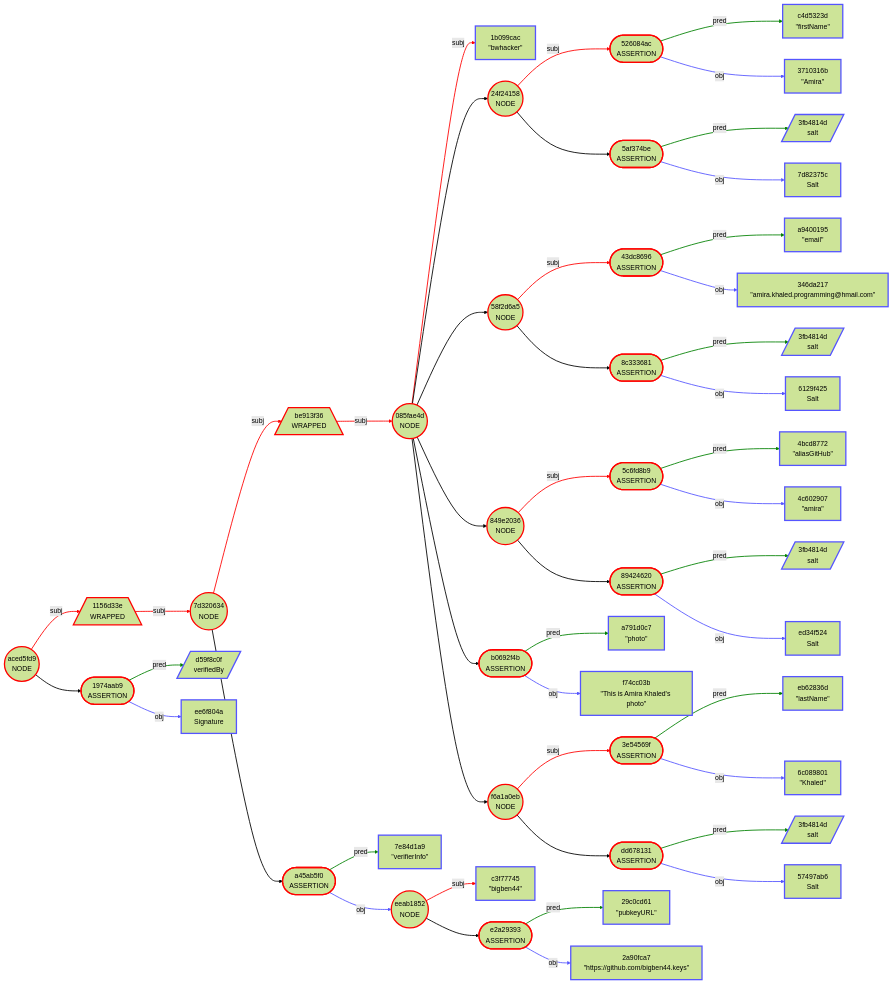
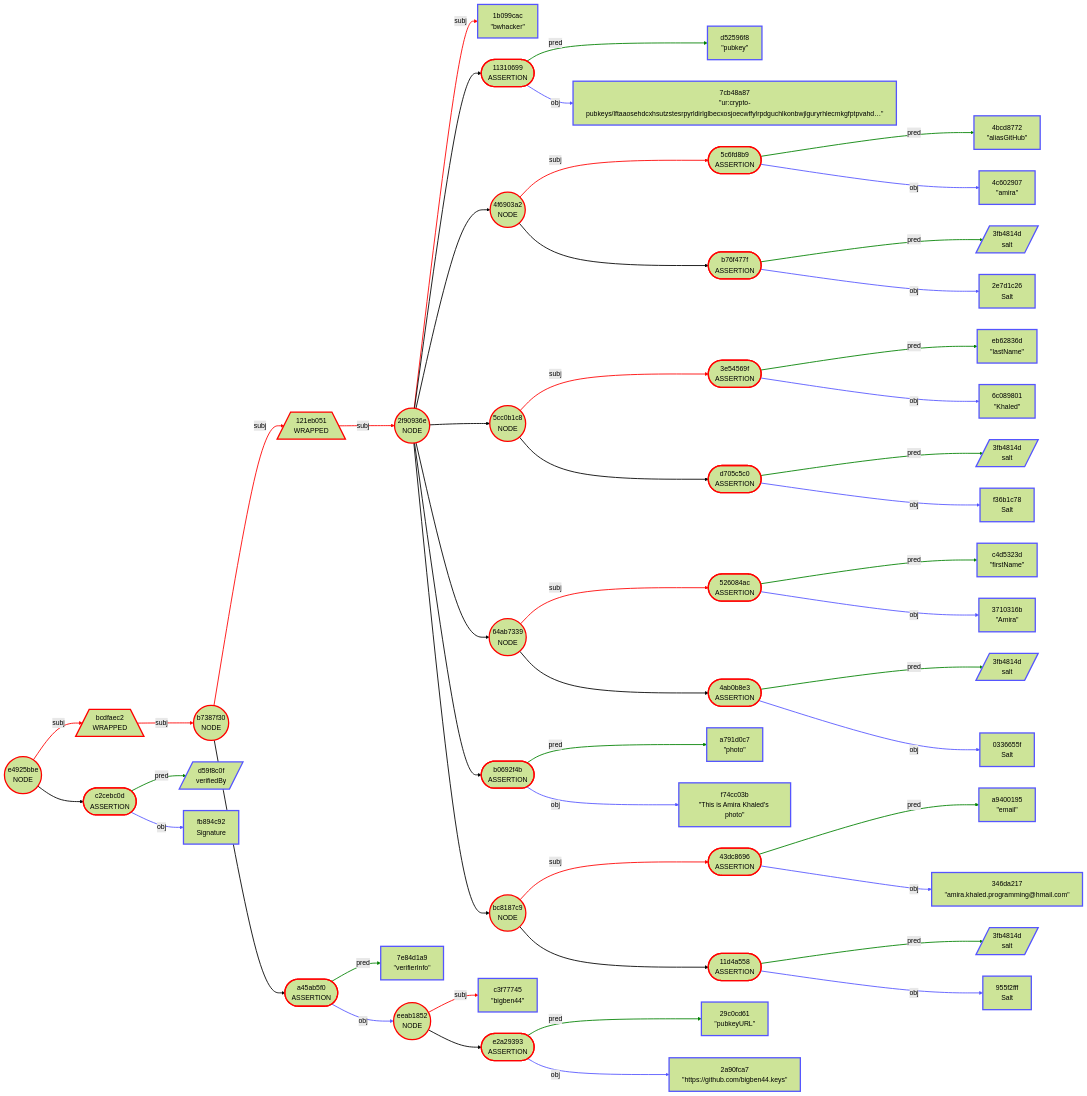
Diagram 16 of 19 in Docs/Envelope-Use-Cases-Software.md (BlockchainCommons/Gordian), drawn with Mermaid (forest theme) before and after one commit. The commit also changed other lines of this file, not shown here.

````diff
--- a/Docs/Envelope-Use-Cases-Software.md
+++ b/Docs/Envelope-Use-Cases-Software.md
@@ -2952,98 +2967,104 @@
 ```mermaid
 graph LR
-    1(("aced5fd9<br/>NODE"))
-    2[/"1156d33e<br/>WRAPPED"\]
-    3(("7d320634<br/>NODE"))
-    4[/"be913f36<br/>WRAPPED"\]
-    5(("085fae4d<br/>NODE"))
+    1(("e4925bbe<br/>NODE"))
+    2[/"bcdfaec2<br/>WRAPPED"\]
+    3(("b7387f30<br/>NODE"))
+    4[/"121eb051<br/>WRAPPED"\]
+    5(("2f90936e<br/>NODE"))
     6["1b099cac<br/>#quot;bwhacker#quot;"]
-    7(("24f24158<br/>NODE"))
-    8(["526084ac<br/>ASSERTION"])
-    9["c4d5323d<br/>#quot;firstName#quot;"]
-    10["3710316b<br/>#quot;Amira#quot;"]
-    11(["5af374be<br/>ASSERTION"])
-    12[/"3fb4814d<br/>salt"/]
-    13["7d82375c<br/>Salt"]
-    14(("58f2d6a5<br/>NODE"))
-    15(["43dc8696<br/>ASSERTION"])
-    16["a9400195<br/>#quot;email#quot;"]
-    17["346da217<br/>#quot;amira.khaled.programming@hmail.com#quot;"]
-    18(["8c333681<br/>ASSERTION"])
-    19[/"3fb4814d<br/>salt"/]
-    20["6129f425<br/>Salt"]
-    21(("849e2036<br/>NODE"))
-    22(["5c6fd8b9<br/>ASSERTION"])
-    23["4bcd8772<br/>#quot;aliasGitHub#quot;"]
-    24["4c602907<br/>#quot;amira#quot;"]
-    25(["89424620<br/>ASSERTION"])
-    26[/"3fb4814d<br/>salt"/]
-    27["ed34f524<br/>Salt"]
-    28(["b0692f4b<br/>ASSERTION"])
-    29["a791d0c7<br/>#quot;photo#quot;"]
-    30["f74cc03b<br/>#quot;This is Amira Khaled's photo#quot;"]
-    31(("f6a1a0eb<br/>NODE"))
-    32(["3e54569f<br/>ASSERTION"])
-    33["eb62836d<br/>#quot;lastName#quot;"]
-    34["6c089801<br/>#quot;Khaled#quot;"]
-    35(["dd678131<br/>ASSERTION"])
-    36[/"3fb4814d<br/>salt"/]
-    37["57497ab6<br/>Salt"]
-    38(["a45ab5f0<br/>ASSERTION"])
-    39["7e84d1a9<br/>#quot;verifierInfo#quot;"]
-    40(("eeab1852<br/>NODE"))
-    41["c3f77745<br/>#quot;bigben44#quot;"]
-    42(["e2a29393<br/>ASSERTION"])
-    43["29c0cd61<br/>#quot;pubkeyURL#quot;"]
-    44["2a90fca7<br/>#quot;https://github.com/bigben44.keys#quot;"]
-    45(["1974aab9<br/>ASSERTION"])
-    46[/"d59f8c0f<br/>verifiedBy"/]
-    47["ee6f804a<br/>Signature"]
+    7(["11310699<br/>ASSERTION"])
+    8["d52596f8<br/>#quot;pubkey#quot;"]
+    9["7cb48a87<br/>#quot;ur:crypto-pubkeys/lftaaosehdcxhsutzstesrpyrldirlglbecxosjoecwffylrpdguchlkonbwjlguryrhlecmkgfptpvahd…#quot;"]
+    10(("4f6903a2<br/>NODE"))
+    11(["5c6fd8b9<br/>ASSERTION"])
+    12["4bcd8772<br/>#quot;aliasGitHub#quot;"]
+    13["4c602907<br/>#quot;amira#quot;"]
+    14(["b76f477f<br/>ASSERTION"])
+    15[/"3fb4814d<br/>salt"/]
+    16["2e7d1c26<br/>Salt"]
+    17(("5cc0b1c8<br/>NODE"))
+    18(["3e54569f<br/>ASSERTION"])
+    19["eb62836d<br/>#quot;lastName#quot;"]
+    20["6c089801<br/>#quot;Khaled#quot;"]
+    21(["d705c5c0<br/>ASSERTION"])
+    22[/"3fb4814d<br/>salt"/]
+    23["f36b1c78<br/>Salt"]
+    24(("64ab7339<br/>NODE"))
+    25(["526084ac<br/>ASSERTION"])
+    26["c4d5323d<br/>#quot;firstName#quot;"]
+    27["3710316b<br/>#quot;Amira#quot;"]
+    28(["4ab0b8e3<br/>ASSERTION"])
+    29[/"3fb4814d<br/>salt"/]
+    30["0336655f<br/>Salt"]
+    31(["b0692f4b<br/>ASSERTION"])
+    32["a791d0c7<br/>#quot;photo#quot;"]
+    33["f74cc03b<br/>#quot;This is Amira Khaled's photo#quot;"]
+    34(("bc8187c9<br/>NODE"))
+    35(["43dc8696<br/>ASSERTION"])
+    36["a9400195<br/>#quot;email#quot;"]
+    37["346da217<br/>#quot;amira.khaled.programming@hmail.com#quot;"]
+    38(["11d4a558<br/>ASSERTION"])
+    39[/"3fb4814d<br/>salt"/]
+    40["955f2fff<br/>Salt"]
+    41(["a45ab5f0<br/>ASSERTION"])
+    42["7e84d1a9<br/>#quot;verifierInfo#quot;"]
+    43(("eeab1852<br/>NODE"))
+    44["c3f77745<br/>#quot;bigben44#quot;"]
+    45(["e2a29393<br/>ASSERTION"])
+    46["29c0cd61<br/>#quot;pubkeyURL#quot;"]
+    47["2a90fca7<br/>#quot;https://github.com/bigben44.keys#quot;"]
+    48(["c2cebc0d<br/>ASSERTION"])
+    49[/"d59f8c0f<br/>verifiedBy"/]
+    50["fb894c92<br/>Signature"]
     1 -->|subj| 2
     2 -->|subj| 3
     3 -->|subj| 4
     4 -->|subj| 5
     5 -->|subj| 6
     5 --> 7
-    7 -->|subj| 8
-    8 -->|pred| 9
-    8 -->|obj| 10
-    7 --> 11
+    7 -->|pred| 8
+    7 -->|obj| 9
+    5 --> 10
+    10 -->|subj| 11
     11 -->|pred| 12
     11 -->|obj| 13
-    5 --> 14
-    14 -->|subj| 15
-    15 -->|pred| 16
-    15 -->|obj| 17
-    14 --> 18
+    10 --> 14
+    14 -->|pred| 15
+    14 -->|obj| 16
+    5 --> 17
+    17 -->|subj| 18
     18 -->|pred| 19
     18 -->|obj| 20
-    5 --> 21
-    21 -->|subj| 22
-    22 -->|pred| 23
-    22 -->|obj| 24
-    21 --> 25
+    17 --> 21
+    21 -->|pred| 22
+    21 -->|obj| 23
+    5 --> 24
+    24 -->|subj| 25
     25 -->|pred| 26
     25 -->|obj| 27
-    5 --> 28
+    24 --> 28
     28 -->|pred| 29
     28 -->|obj| 30
     5 --> 31
-    31 -->|subj| 32
-    32 -->|pred| 33
-    32 -->|obj| 34
-    31 --> 35
+    31 -->|pred| 32
+    31 -->|obj| 33
+    5 --> 34
+    34 -->|subj| 35
     35 -->|pred| 36
     35 -->|obj| 37
-    3 --> 38
+    34 --> 38
     38 -->|pred| 39
     38 -->|obj| 40
-    40 -->|subj| 41
-    40 --> 42
-    42 -->|pred| 43
-    42 -->|obj| 44
-    1 --> 45
+    3 --> 41
+    41 -->|pred| 42
+    41 -->|obj| 43
+    43 -->|subj| 44
+    43 --> 45
     45 -->|pred| 46
     45 -->|obj| 47
+    1 --> 48
+    48 -->|pred| 49
+    48 -->|obj| 50
     style 1 stroke:red,stroke-width:3.0px
     style 2 stroke:red,stroke-width:3.0px
     style 3 stroke:red,stroke-width:3.0px
@@ -3051,23 +3072,23 @@
     style 5 stroke:red,stroke-width:3.0px
     style 6 stroke:#55f,stroke-width:3.0px
     style 7 stroke:red,stroke-width:3.0px
-    style 8 stroke:red,stroke-width:3.0px
+    style 8 stroke:#55f,stroke-width:3.0px
     style 9 stroke:#55f,stroke-width:3.0px
-    style 10 stroke:#55f,stroke-width:3.0px
+    style 10 stroke:red,stroke-width:3.0px
     style 11 stroke:red,stroke-width:3.0px
     style 12 stroke:#55f,stroke-width:3.0px
     style 13 stroke:#55f,stroke-width:3.0px
     style 14 stroke:red,stroke-width:3.0px
-    style 15 stroke:red,stroke-width:3.0px
+    style 15 stroke:#55f,stroke-width:3.0px
     style 16 stroke:#55f,stroke-width:3.0px
-    style 17 stroke:#55f,stroke-width:3.0px
+    style 17 stroke:red,stroke-width:3.0px
     style 18 stroke:red,stroke-width:3.0px
     style 19 stroke:#55f,stroke-width:3.0px
     style 20 stroke:#55f,stroke-width:3.0px
     style 21 stroke:red,stroke-width:3.0px
-    style 22 stroke:red,stroke-width:3.0px
+    style 22 stroke:#55f,stroke-width:3.0px
     style 23 stroke:#55f,stroke-width:3.0px
-    style 24 stroke:#55f,stroke-width:3.0px
+    style 24 stroke:red,stroke-width:3.0px
     style 25 stroke:red,stroke-width:3.0px
     style 26 stroke:#55f,stroke-width:3.0px
     style 27 stroke:#55f,stroke-width:3.0px
@@ -3075,66 +3096,72 @@
     style 29 stroke:#55f,stroke-width:3.0px
     style 30 stroke:#55f,stroke-width:3.0px
     style 31 stroke:red,stroke-width:3.0px
-    style 32 stroke:red,stroke-width:3.0px
+    style 32 stroke:#55f,stroke-width:3.0px
     style 33 stroke:#55f,stroke-width:3.0px
-    style 34 stroke:#55f,stroke-width:3.0px
+    style 34 stroke:red,stroke-width:3.0px
     style 35 stroke:red,stroke-width:3.0px
     style 36 stroke:#55f,stroke-width:3.0px
     style 37 stroke:#55f,stroke-width:3.0px
     style 38 stroke:red,stroke-width:3.0px
     style 39 stroke:#55f,stroke-width:3.0px
-    style 40 stroke:red,stroke-width:3.0px
-    style 41 stroke:#55f,stroke-width:3.0px
-    style 42 stroke:red,stroke-width:3.0px
-    style 43 stroke:#55f,stroke-width:3.0px
+    style 40 stroke:#55f,stroke-width:3.0px
+    style 41 stroke:red,stroke-width:3.0px
+    style 42 stroke:#55f,stroke-width:3.0px
+    style 43 stroke:red,stroke-width:3.0px
     style 44 stroke:#55f,stroke-width:3.0px
     style 45 stroke:red,stroke-width:3.0px
     style 46 stroke:#55f,stroke-width:3.0px
     style 47 stroke:#55f,stroke-width:3.0px
+    style 48 stroke:red,stroke-width:3.0px
+    style 49 stroke:#55f,stroke-width:3.0px
+    style 50 stroke:#55f,stroke-width:3.0px
     linkStyle 0 stroke:red,stroke-width:2.0px
     linkStyle 1 stroke:red,stroke-width:2.0px
     linkStyle 2 stroke:red,stroke-width:2.0px
     linkStyle 3 stroke:red,stroke-width:2.0px
     linkStyle 4 stroke:red,stroke-width:2.0px
     linkStyle 5 stroke-width:2.0px
-    linkStyle 6 stroke:red,stroke-width:2.0px
-    linkStyle 7 stroke:green,stroke-width:2.0px
-    linkStyle 8 stroke:#55f,stroke-width:2.0px
-    linkStyle 9 stroke-width:2.0px
+    linkStyle 6 stroke:green,stroke-width:2.0px
+    linkStyle 7 stroke:#55f,stroke-width:2.0px
+    linkStyle 8 stroke-width:2.0px
+    linkStyle 9 stroke:red,stroke-width:2.0px
     linkStyle 10 stroke:green,stroke-width:2.0px
     linkStyle 11 stroke:#55f,stroke-width:2.0px
     linkStyle 12 stroke-width:2.0px
-    linkStyle 13 stroke:red,stroke-width:2.0px
-    linkStyle 14 stroke:green,stroke-width:2.0px
-    linkStyle 15 stroke:#55f,stroke-width:2.0px
-    linkStyle 16 stroke-width:2.0px
+    linkStyle 13 stroke:green,stroke-width:2.0px
+    linkStyle 14 stroke:#55f,stroke-width:2.0px
+    linkStyle 15 stroke-width:2.0px
+    linkStyle 16 stroke:red,stroke-width:2.0px
     linkStyle 17 stroke:green,stroke-width:2.0px
     linkStyle 18 stroke:#55f,stroke-width:2.0px
     linkStyle 19 stroke-width:2.0px
-    linkStyle 20 stroke:red,stroke-width:2.0px
-    linkStyle 21 stroke:green,stroke-width:2.0px
-    linkStyle 22 stroke:#55f,stroke-width:2.0px
-    linkStyle 23 stroke-width:2.0px
+    linkStyle 20 stroke:green,stroke-width:2.0px
+    linkStyle 21 stroke:#55f,stroke-width:2.0px
+    linkStyle 22 stroke-width:2.0px
+    linkStyle 23 stroke:red,stroke-width:2.0px
     linkStyle 24 stroke:green,stroke-width:2.0px
     linkStyle 25 stroke:#55f,stroke-width:2.0px
     linkStyle 26 stroke-width:2.0px
     linkStyle 27 stroke:green,stroke-width:2.0px
     linkStyle 28 stroke:#55f,stroke-width:2.0px
     linkStyle 29 stroke-width:2.0px
-    linkStyle 30 stroke:red,stroke-width:2.0px
-    linkStyle 31 stroke:green,stroke-width:2.0px
-    linkStyle 32 stroke:#55f,stroke-width:2.0px
-    linkStyle 33 stroke-width:2.0px
+    linkStyle 30 stroke:green,stroke-width:2.0px
+    linkStyle 31 stroke:#55f,stroke-width:2.0px
+    linkStyle 32 stroke-width:2.0px
+    linkStyle 33 stroke:red,stroke-width:2.0px
     linkStyle 34 stroke:green,stroke-width:2.0px
     linkStyle 35 stroke:#55f,stroke-width:2.0px
     linkStyle 36 stroke-width:2.0px
     linkStyle 37 stroke:green,stroke-width:2.0px
     linkStyle 38 stroke:#55f,stroke-width:2.0px
-    linkStyle 39 stroke:red,stroke-width:2.0px
-    linkStyle 40 stroke-width:2.0px
-    linkStyle 41 stroke:green,stroke-width:2.0px
-    linkStyle 42 stroke:#55f,stroke-width:2.0px
+    linkStyle 39 stroke-width:2.0px
+    linkStyle 40 stroke:green,stroke-width:2.0px
+    linkStyle 41 stroke:#55f,stroke-width:2.0px
+    linkStyle 42 stroke:red,stroke-width:2.0px
     linkStyle 43 stroke-width:2.0px
     linkStyle 44 stroke:green,stroke-width:2.0px
     linkStyle 45 stroke:#55f,stroke-width:2.0px
+    linkStyle 46 stroke-width:2.0px
+    linkStyle 47 stroke:green,stroke-width:2.0px
+    linkStyle 48 stroke:#55f,stroke-width:2.0px
 ```
````
